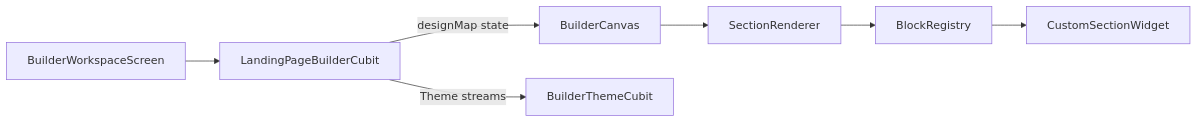
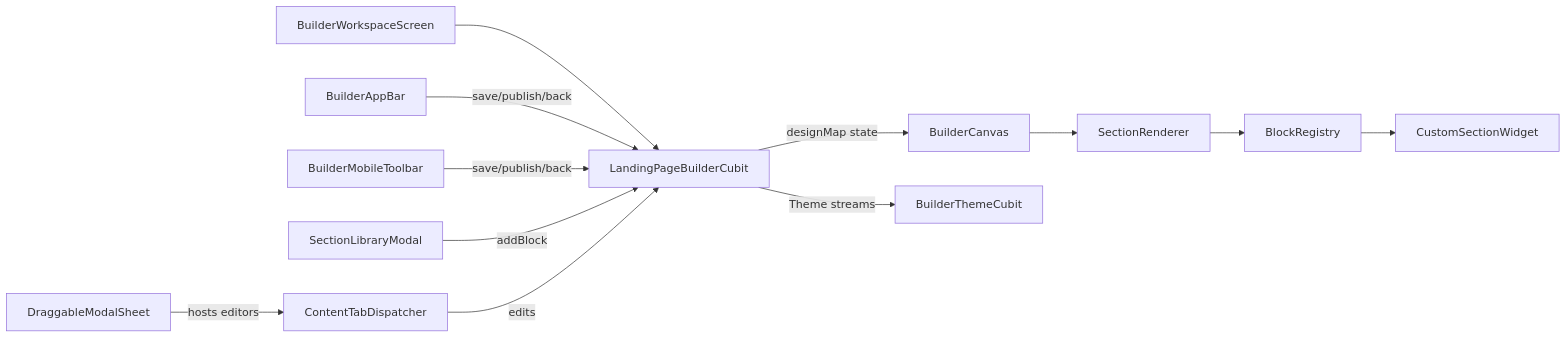
Before and after one commit to abdallah-azmy/landymaker: the second of 4 diagrams in docs/ai/SYSTEM_MAP.md, drawn with Mermaid. The commit also changed other lines of this file and 50 other files, not shown here.

````diff
--- a/docs/ai/SYSTEM_MAP.md
+++ b/docs/ai/SYSTEM_MAP.md
@@ -189,9 +195,14 @@
 ```mermaid
 graph LR
     A[BuilderWorkspaceScreen] --> B[LandingPageBuilderCubit]
     B -->|designMap state| C[BuilderCanvas]
     B -->|Theme streams| D[BuilderThemeCubit]
     C --> E[SectionRenderer]
     E --> F[BlockRegistry]
     F --> G[CustomSectionWidget]
+    H[BuilderAppBar] -->|save/publish/back| B
+    I[BuilderMobileToolbar] -->|save/publish/back| B
+    J[SectionLibraryModal] -->|addBlock| B
+    K[ContentTabDispatcher] -->|edits| B
+    L[DraggableModalSheet] -->|hosts editors| K
 ```
````
